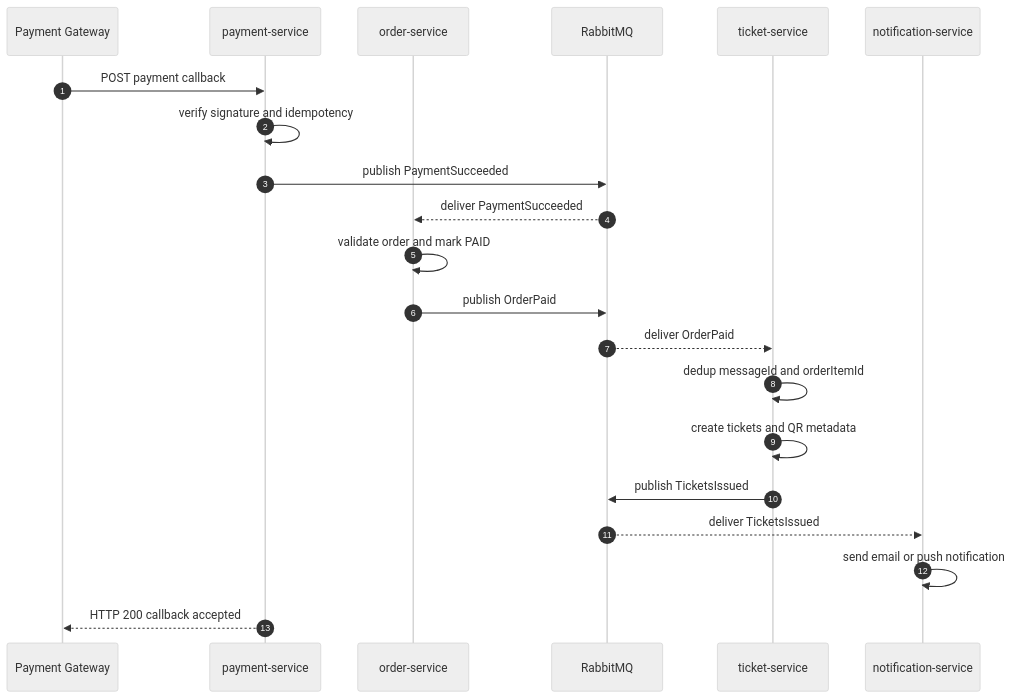
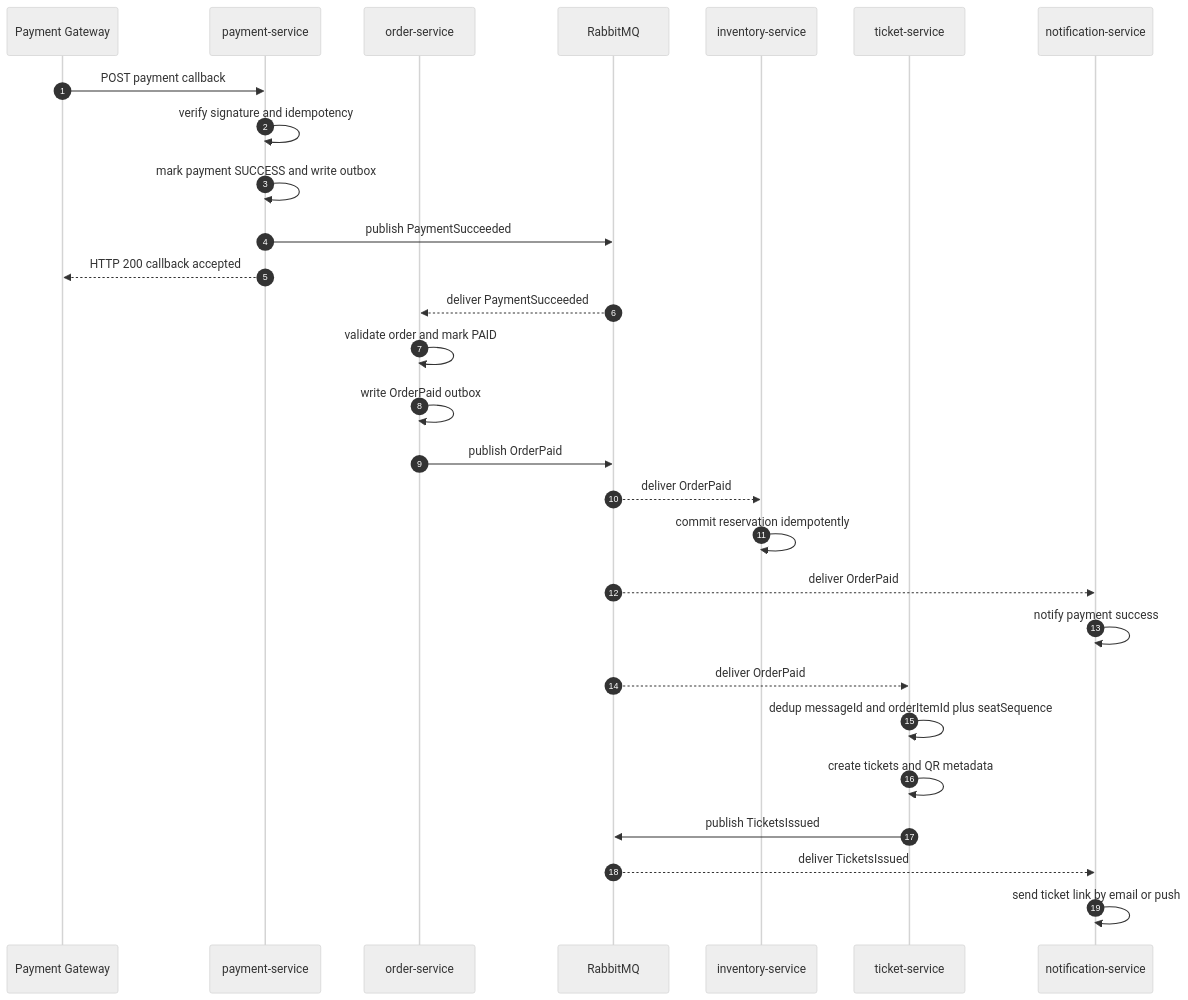
One commit to software-design-138gogo/tickefy-backend changed the first of 4 diagrams in docs/contracts/flows/payment-ticket-flow.md. Above: the diagram before and after it, drawn with Mermaid (neutral theme). The commit also changed other lines of this file and 1 other file, not shown here.

Commit message:
docs: Add payment failure flow; update ticket flow

````diff
--- a/docs/contracts/flows/payment-ticket-flow.md
+++ b/docs/contracts/flows/payment-ticket-flow.md
@@ -45,24 +47,34 @@
 ```mermaid
 sequenceDiagram
     autonumber
     participant Gateway as Payment Gateway
     participant Payment as payment-service
     participant Order as order-service
     participant MQ as RabbitMQ
+    participant Inventory as inventory-service
     participant Ticket as ticket-service
     participant Notification as notification-service
 
     Gateway->>Payment: POST payment callback
     Payment->>Payment: verify signature and idempotency
+    Payment->>Payment: mark payment SUCCESS and write outbox
     Payment->>MQ: publish PaymentSucceeded
+    Payment-->>Gateway: HTTP 200 callback accepted
+
     MQ-->>Order: deliver PaymentSucceeded
     Order->>Order: validate order and mark PAID
+    Order->>Order: write OrderPaid outbox
     Order->>MQ: publish OrderPaid
+
+    MQ-->>Inventory: deliver OrderPaid
+    Inventory->>Inventory: commit reservation idempotently
+    MQ-->>Notification: deliver OrderPaid
+    Notification->>Notification: notify payment success
+
     MQ-->>Ticket: deliver OrderPaid
-    Ticket->>Ticket: dedup messageId and orderItemId
+    Ticket->>Ticket: dedup messageId and orderItemId plus seatSequence
     Ticket->>Ticket: create tickets and QR metadata
     Ticket->>MQ: publish TicketsIssued
     MQ-->>Notification: deliver TicketsIssued
-    Notification->>Notification: send email or push notification
-    Payment-->>Gateway: HTTP 200 callback accepted
+    Notification->>Notification: send ticket link by email or push
 ```
````
